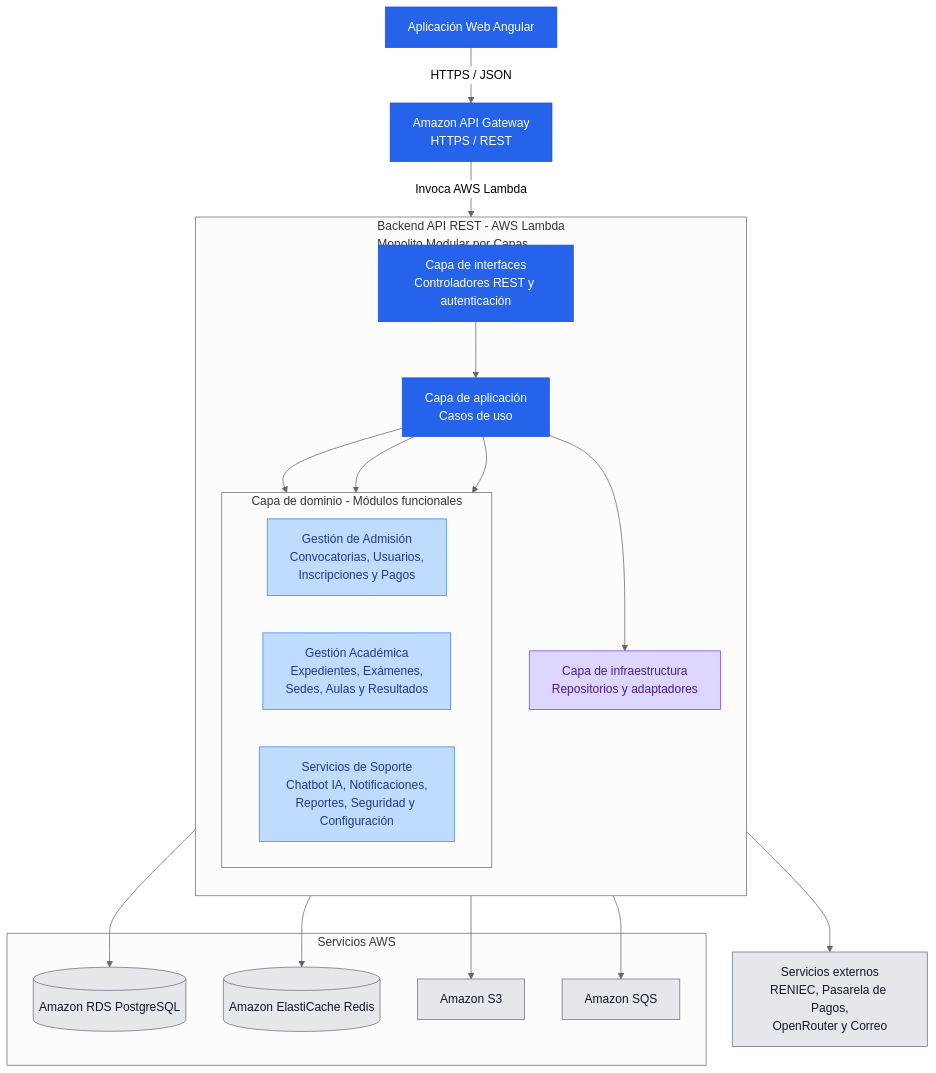
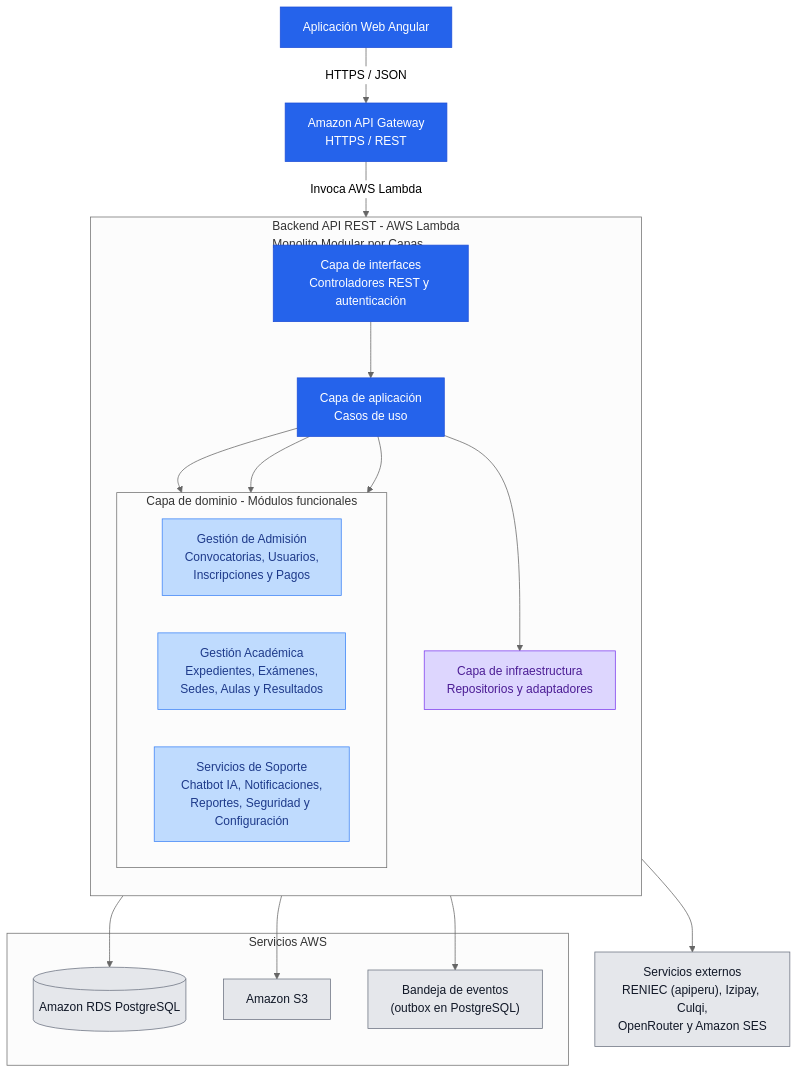
The diagram in docs/04-modelo-c4/Nivel3-Diagrama-de-Componentes.md (DiegoCoras06/sia-unsch-admision), drawn with Mermaid (neutral theme) before and after one commit. The commit also changed other lines of this file and 15 other files, not shown here.

````diff
--- a/docs/04-modelo-c4/Nivel3-Diagrama-de-Componentes.md
+++ b/docs/04-modelo-c4/Nivel3-Diagrama-de-Componentes.md
@@ -33,56 +33,54 @@
 ```mermaid
 flowchart TB
     WEB["Aplicación Web Angular"]
     API["Amazon API Gateway<br/>HTTPS / REST"]
 
     subgraph BACKEND["Backend API REST - AWS Lambda<br/>Monolito Modular por Capas"]
         direction TB
 
         CTRL["Capa de interfaces<br/>Controladores REST y autenticación"]
 
         APP["Capa de aplicación<br/>Casos de uso"]
 
         subgraph MODULOS["Capa de dominio - Módulos funcionales"]
             direction LR
             M1["Gestión de Admisión<br/>Convocatorias, Usuarios,<br/>Inscripciones y Pagos"]
             M2["Gestión Académica<br/>Expedientes, Exámenes,<br/>Sedes, Aulas y Resultados"]
             M3["Servicios de Soporte<br/>Chatbot IA, Notificaciones,<br/>Reportes, Seguridad y Configuración"]
         end
 
         INFRA["Capa de infraestructura<br/>Repositorios y adaptadores"]
 
         CTRL --> APP
         APP --> M1
         APP --> M2
         APP --> M3
         APP --> INFRA
     end
 
     subgraph AWS["Servicios AWS"]
         DB[("Amazon RDS PostgreSQL")]
-        CACHE[("Amazon ElastiCache Redis")]
         S3["Amazon S3"]
-        SQS["Amazon SQS"]
+        OUTBOX["Bandeja de eventos<br/>(outbox en PostgreSQL)"]
     end
 
-    EXT["Servicios externos<br/>RENIEC, Pasarela de Pagos,<br/>OpenRouter y Correo"]
+    EXT["Servicios externos<br/>RENIEC (apiperu), Izipay, Culqi,<br/>OpenRouter y Amazon SES"]
 
     WEB -->|"HTTPS / JSON"| API
     API -->|"Invoca AWS Lambda"| CTRL
 
     INFRA --> DB
-    INFRA --> CACHE
     INFRA --> S3
-    INFRA --> SQS
+    INFRA --> OUTBOX
     INFRA --> EXT
 
     classDef principal fill:#2563eb,color:#ffffff,stroke:#1d4ed8
     classDef modulo fill:#bfdbfe,color:#1e3a8a,stroke:#3b82f6
     classDef infraestructura fill:#ddd6fe,color:#4c1d95,stroke:#7c3aed
     classDef externo fill:#e5e7eb,color:#111827,stroke:#6b7280
 
     class WEB,API,CTRL,APP principal
     class M1,M2,M3 modulo
     class INFRA infraestructura
-    class DB,CACHE,S3,SQS,EXT externo
+    class DB,S3,OUTBOX,EXT externo
 ```
````
